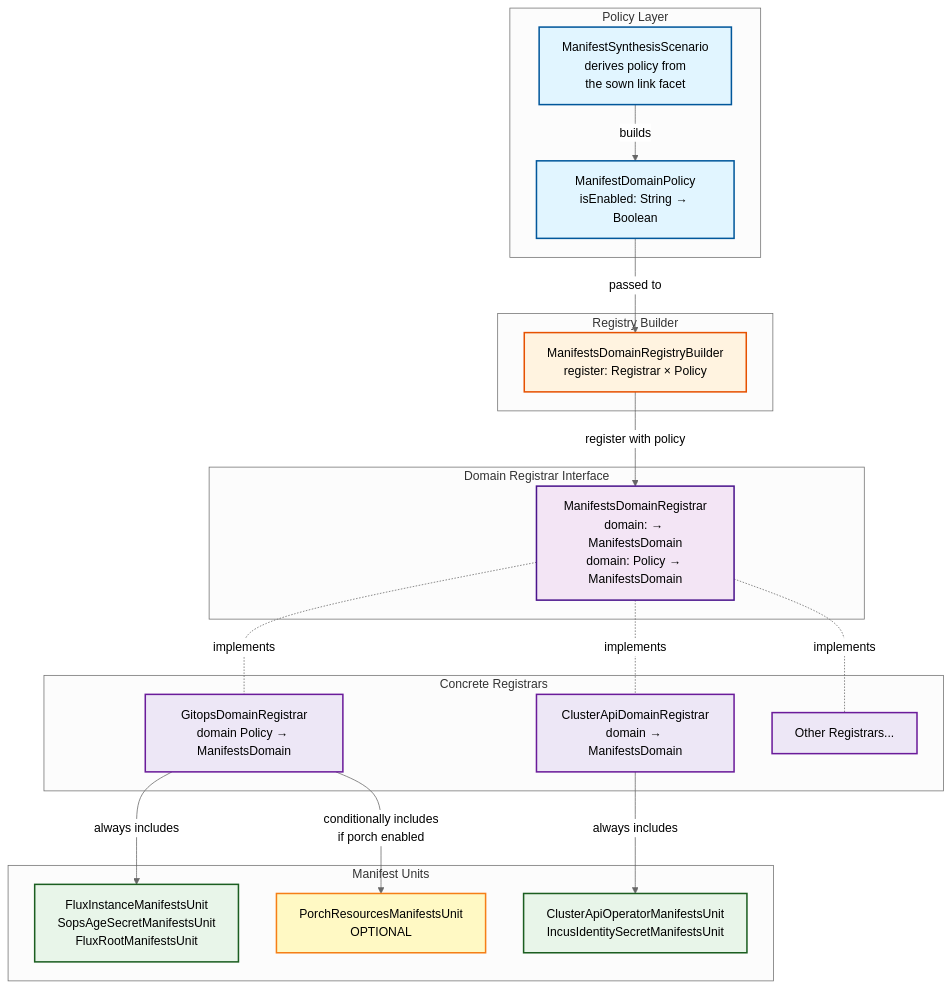
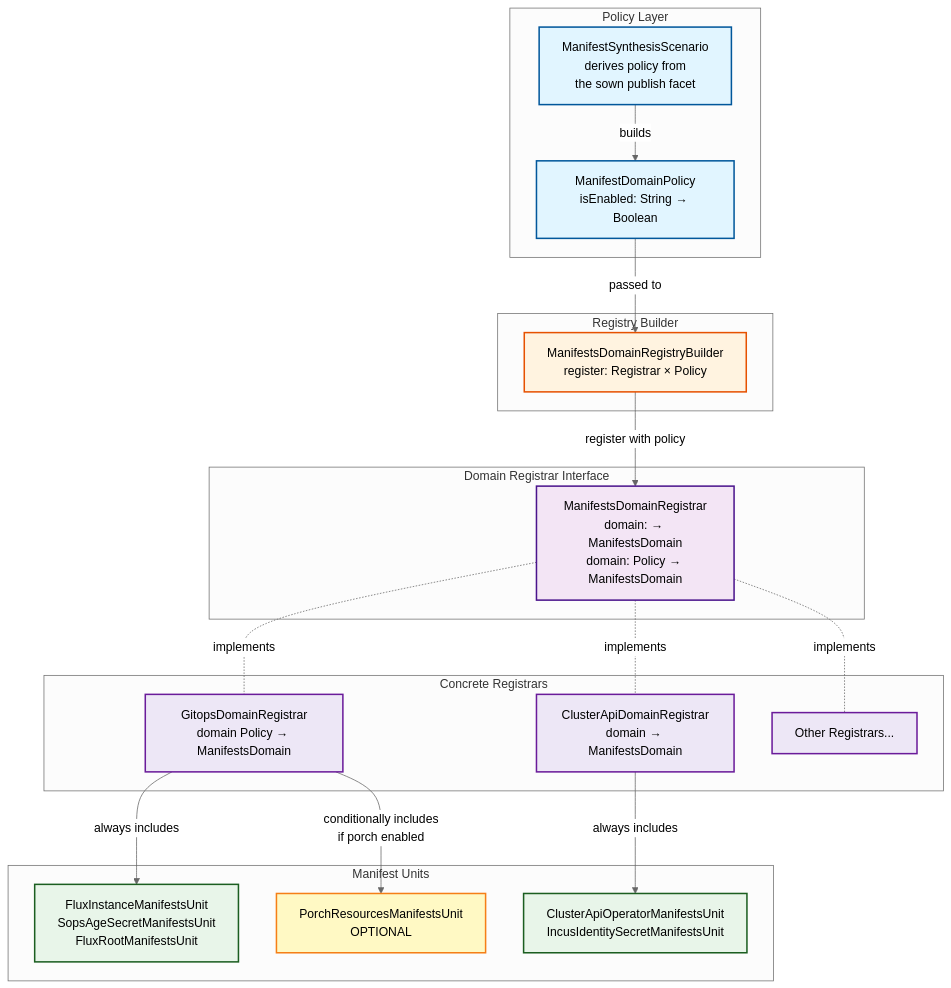
One commit to nxmatic/rke2lab changed the second of 4 diagrams in docs/architecture/manifests/manifest-conditional-inclusion.adoc. Above: the diagram before and after it, drawn with Mermaid (neutral theme). The commit also changed other lines of this file and 22 other files, not shown here.

First line of the commit message:
refactor(manifests): rename the activation facet link → publish

```diff
--- a/docs/architecture/manifests/manifest-conditional-inclusion.adoc
+++ b/docs/architecture/manifests/manifest-conditional-inclusion.adoc
@@ -121,53 +121,53 @@
 [mermaid]
 ----
 graph TB
     subgraph "Policy Layer"
         MDP[ManifestDomainPolicy<br/>isEnabled: String → Boolean]
-        CP[ManifestSynthesisScenario<br/>derives policy from<br/>the sown link facet]
+        CP[ManifestSynthesisScenario<br/>derives policy from<br/>the sown publish facet]
     end
 
     subgraph "Registry Builder"
         LDRB[ManifestsDomainRegistryBuilder<br/>register: Registrar × Policy]
     end
 
     subgraph "Domain Registrar Interface"
         LDR[ManifestsDomainRegistrar<br/>domain: → ManifestsDomain<br/>domain: Policy → ManifestsDomain]
     end
 
     subgraph "Concrete Registrars"
         GDR[GitopsDomainRegistrar<br/>domain Policy → ManifestsDomain]
         CDR[ClusterApiDomainRegistrar<br/>domain → ManifestsDomain]
         OTHER[Other Registrars...]
     end
 
     subgraph "Manifest Units"
         FLUX[FluxInstanceManifestsUnit<br/>SopsAgeSecretManifestsUnit<br/>FluxRootManifestsUnit]
         PORCH[PorchResourcesManifestsUnit<br/>OPTIONAL]
         CAPI[ClusterApiOperatorManifestsUnit<br/>IncusIdentitySecretManifestsUnit]
     end
 
     CP -->|builds| MDP
     MDP -->|passed to| LDRB
     LDRB -->|register with policy| LDR
     LDR -.implements.- GDR
     LDR -.implements.- CDR
     LDR -.implements.- OTHER
 
     GDR -->|always includes| FLUX
     GDR -->|conditionally includes<br/>if porch enabled| PORCH
     CDR -->|always includes| CAPI
 
     classDef policyClass fill:#e1f5ff,stroke:#01579b,stroke-width:2px
     classDef builderClass fill:#fff3e0,stroke:#e65100,stroke-width:2px
     classDef interfaceClass fill:#f3e5f5,stroke:#4a148c,stroke-width:2px
     classDef concreteClass fill:#ede7f6,stroke:#6a1b9a,stroke-width:2px
     classDef mandatoryUnit fill:#e8f5e9,stroke:#1b5e20,stroke-width:2px
     classDef optionalUnit fill:#fff9c4,stroke:#f57f17,stroke-width:2px
 
     class MDP,CP policyClass
     class LDRB builderClass
     class LDR interfaceClass
     class GDR,CDR,OTHER concreteClass
     class FLUX,CAPI mandatoryUnit
     class PORCH optionalUnit
 ----
```
